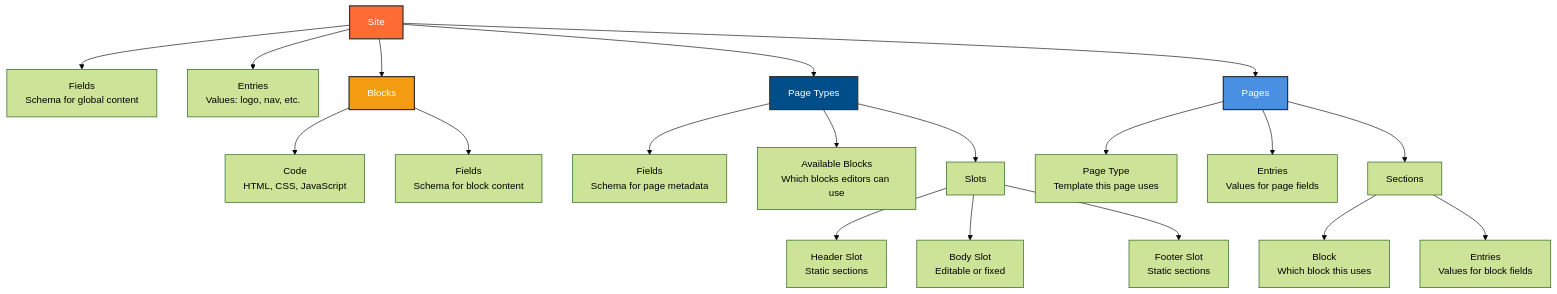
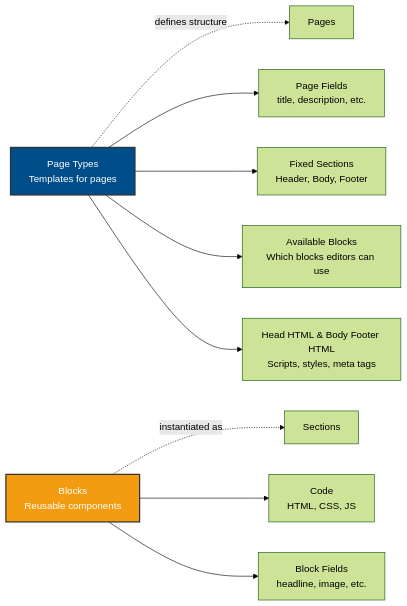
The second of 3 diagrams in getting-started/core-concepts.mdx (palacms/docs), drawn with Mermaid (forest theme) before and after one commit. The commit also changed other lines of this file, not shown here.

````diff
--- a/getting-started/core-concepts.mdx
+++ b/getting-started/core-concepts.mdx
@@ -22,32 +42,19 @@
 ```mermaid
-graph TB
-    Site[Site]
-    Site --> SiteFields[Fields<br/>Schema for global content]
-    Site --> SiteEntries[Entries<br/>Values: logo, nav, etc.]
-    Site --> Blocks[Blocks]
-    Site --> PageTypes[Page Types]
-    Site --> Pages[Pages]
+graph LR
+    PageTypes[Page Types<br/>Templates for pages]
+    Blocks[Blocks<br/>Reusable components]
 
-    Blocks --> BlockCode[Code<br/>HTML, CSS, JavaScript]
-    Blocks --> BlockFields[Fields<br/>Schema for block content]
+    PageTypes -.defines structure.-> Pages[Pages]
+    Blocks -.instantiated as.-> Sections[Sections]
 
-    PageTypes --> PTFields[Fields<br/>Schema for page metadata]
-    PageTypes --> AvailableBlocks[Available Blocks<br/>Which blocks editors can use]
-    PageTypes --> Slots[Slots]
+    PageTypes --> PTFields[Page Fields<br/>title, description, etc.]
+    PageTypes --> Slots[Fixed Sections<br/>Header, Body, Footer]
+    PageTypes --> Available[Available Blocks<br/>Which blocks editors can use]
+    PageTypes --> HTML[Head HTML & Body Footer HTML<br/>Scripts, styles, meta tags]
 
-    Slots --> Header[Header Slot<br/>Static sections]
-    Slots --> Body[Body Slot<br/>Editable or fixed]
-    Slots --> Footer[Footer Slot<br/>Static sections]
+    Blocks --> Code[Code<br/>HTML, CSS, JS]
+    Blocks --> BlockFields[Block Fields<br/>headline, image, etc.]
 
-    Pages --> PageType[Page Type<br/>Template this page uses]
-    Pages --> PageEntries[Entries<br/>Values for page fields]
-    Pages --> Sections[Sections]
-
-    Sections --> SectionBlock[Block<br/>Which block this uses]
-    Sections --> SectionEntries[Entries<br/>Values for block fields]
-
-    style Site fill:#ff6b35,stroke:#333,stroke-width:2px,color:#fff
     style PageTypes fill:#004e89,stroke:#333,stroke-width:2px,color:#fff
-    style Pages fill:#4a90e2,stroke:#333,stroke-width:2px,color:#fff
     style Blocks fill:#f39c12,stroke:#333,stroke-width:2px,color:#fff
 ```
````
